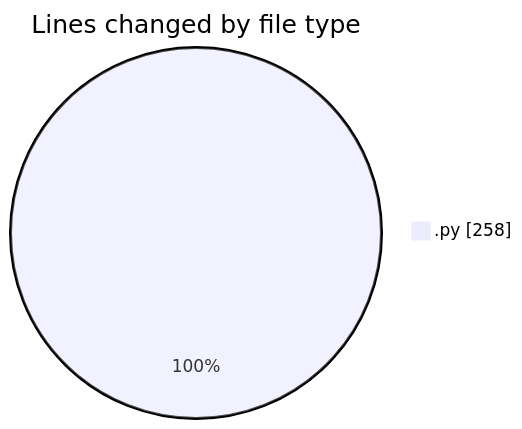
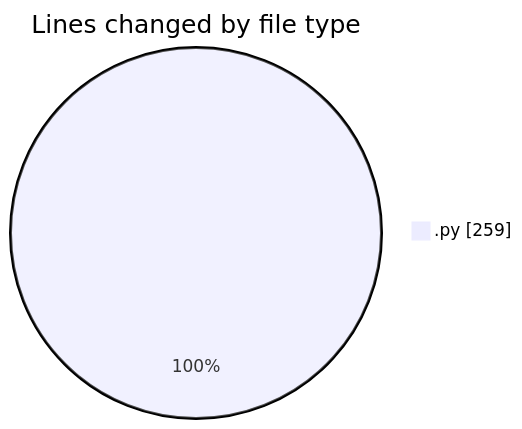
The first of 2 diagrams in 2025-02-13/samplepdf/README.md (momahboobian/code-tracking), drawn with Mermaid before and after one commit. The commit also changed other lines of this file and 1 other file, not shown here.

````diff
--- a/2025-02-13/samplepdf/README.md
+++ b/2025-02-13/samplepdf/README.md
@@ -23,5 +24,5 @@
 ```mermaid
 pie showData
 title Lines changed by file type
-".py" : 258
+".py" : 259
 ```
````
